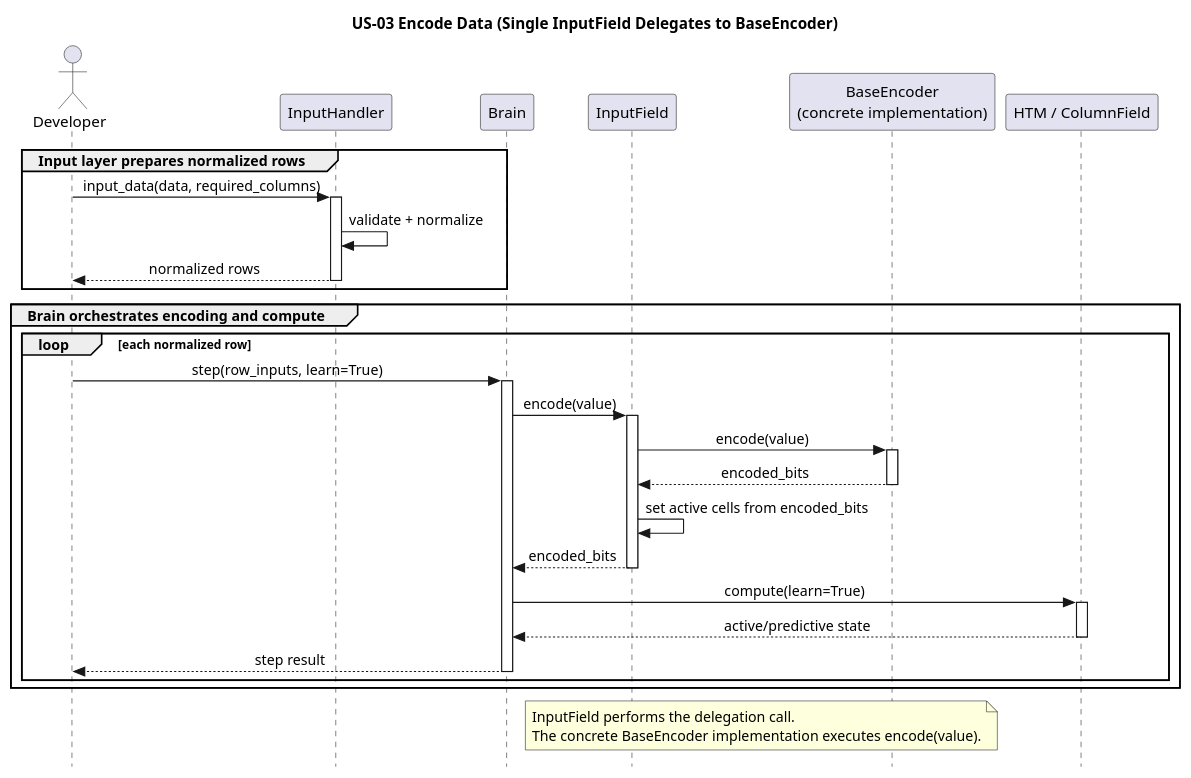
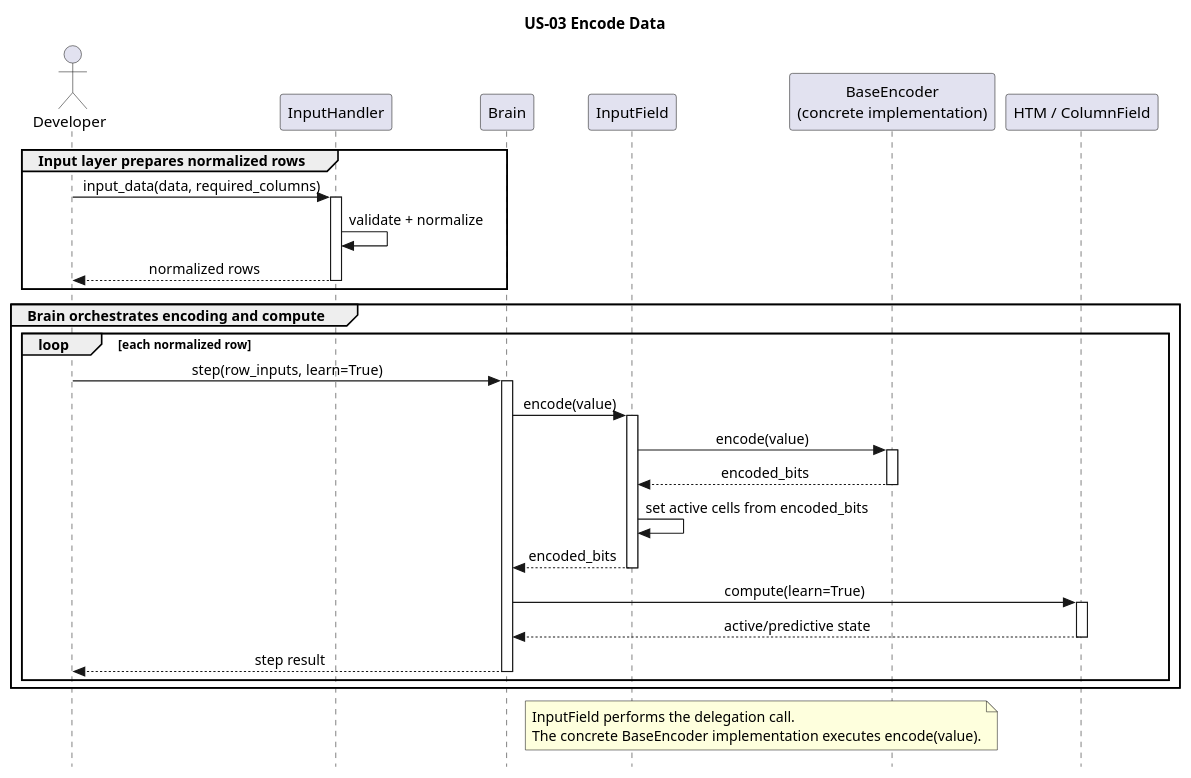
One commit to egrembocki/htmrl changed the diagram in docs/puml/US/us-03.puml. Above: the diagram before and after it, drawn with PlantUML. The commit also changed 1 other file, not shown here.

```diff
--- a/docs/puml/US/us-03.puml
+++ b/docs/puml/US/us-03.puml
@@ -1,52 +1,52 @@
 @startuml
 skinparam style strictuml
 skinparam sequenceMessageAlign center
 skinparam responseMessageBelowArrow true
 
-title US-03 Encode Data (Single InputField Delegates to BaseEncoder)
+title US-03 Encode Data
 
 actor Developer
 participant "InputHandler" as IH
 participant "Brain" as B
 participant "InputField" as IF
 participant "BaseEncoder\n(concrete implementation)" as BE
 participant "HTM / ColumnField" as H
 
 group Input layer prepares normalized rows
   Developer -> IH: input_data(data, required_columns)
   activate IH
   IH -> IH: validate + normalize
   IH --> Developer: normalized rows
   deactivate IH
 end
 
 group Brain orchestrates encoding and compute
   loop each normalized row
     Developer -> B: step(row_inputs, learn=True)
     activate B
 
     B -> IF: encode(value)
     activate IF
     IF -> BE: encode(value)
     activate BE
     BE --> IF: encoded_bits
     deactivate BE
     IF -> IF: set active cells from encoded_bits
     IF --> B: encoded_bits
     deactivate IF
 
     B -> H: compute(learn=True)
     activate H
     H --> B: active/predictive state
     deactivate H
 
     B --> Developer: step result
     deactivate B
   end
 end
 
 note over IF,BE
 InputField performs the delegation call.
 The concrete BaseEncoder implementation executes encode(value).
 end note
 @enduml
```
